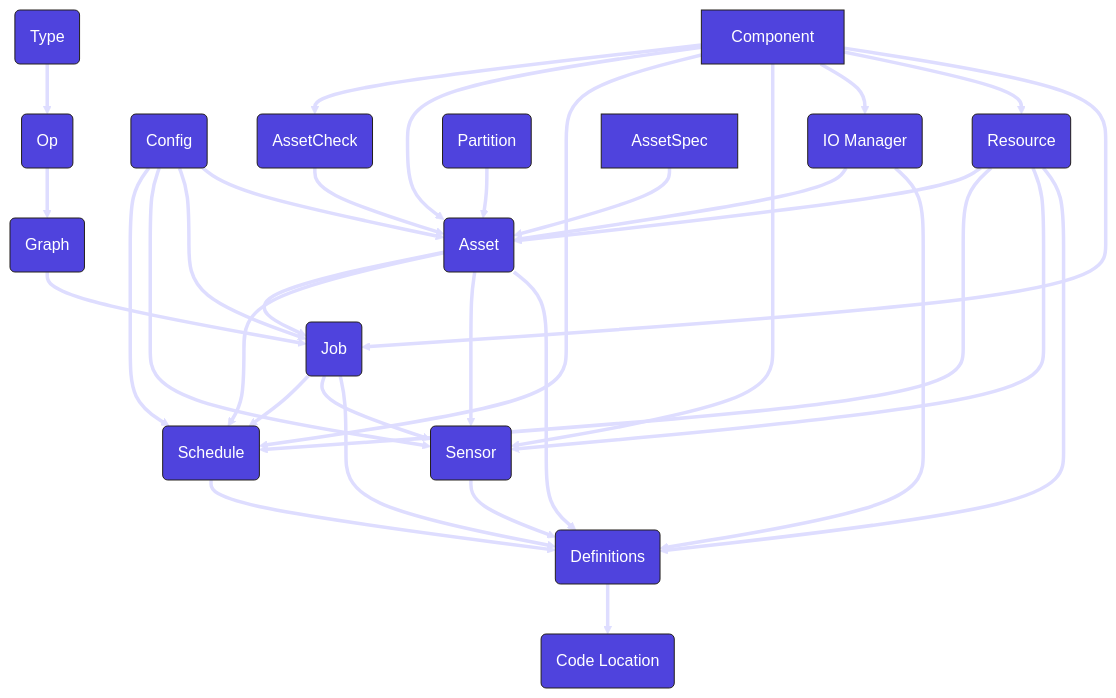
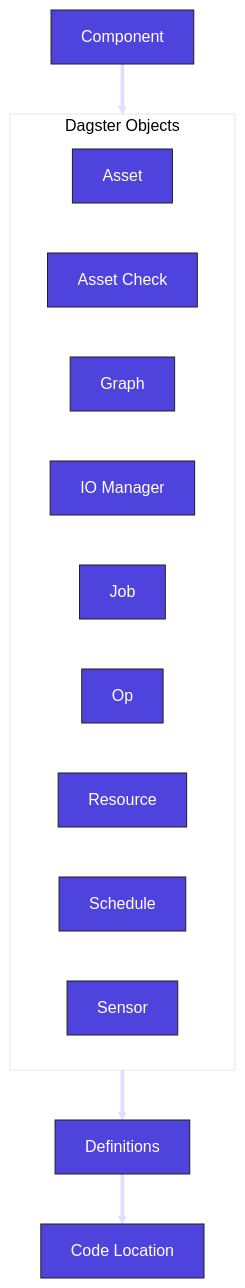
One commit to dagster-io/dagster changed the first of 17 diagrams in docs/docs/getting-started/concepts.md. Above: the diagram before and after it, drawn with Mermaid. The commit also changed other lines of this file, not shown here.

Commit message:
Simplify concepts diagram

````diff
--- a/docs/docs/getting-started/concepts.md
+++ b/docs/docs/getting-started/concepts.md
@@ -22,88 +22,19 @@
 }%%
   graph TD
 
-    AssetCheck(AssetCheck)
-    %% click AssetCheck href "#asset-check"
+    subgraph DagsterObjects[Dagster Objects]
+      Asset
+      AssetCheck[Asset Check]
+      Graph
+      IOManager[IO Manager]
+      Job
+      Op
+      Resource
+      Schedule
+      Sensor
+    end
 
-    Asset(Asset)
-    %%click Asset href "#asset"
-
-    Config(Config)
-    %%click Config href "#config"
-
-    CodeLocation(Code Location)
-    %%click CodeLocation href "#code-location"
-
-    Definitions(Definitions)
-    %%click Definitions href "#definitions"
-
-    Graph(Graph)
-    %%click Graph href "#graph"
-
-    IoManager(IO Manager)
-    %%click IoManager href "#io-manager"
-
-    Job(Job)
-    %%click Job href "#job"
-
-    Op(Op)
-    %%click Op href "#op"
-
-    Partition(Partition)
-    %%click Partition href "#partition"
-
-    Resource(Resource)
-    %%click Resource href "#resource"
-
-    Schedule(Schedule)
-    %%click Schedule href "#schedule"
-
-    Sensor(Sensor)
-    %%click Sensor href "#sensor"
-
-    Type(Type)
-    %%click Type href "#type"
-
-    Type ==> Op
-    Op ==> Graph
-    Graph ==> Job
-
-    Job ==> Schedule
-    Job ==> Sensor
-    Job ==> Definitions
-
-    Partition ==> Asset
-    IoManager ==> Asset
-
-    Resource ==> Asset
-    Resource ==> Schedule
-    Resource ==> Sensor
-
-    Component ==> AssetCheck
-    AssetCheck ==> Asset
-    AssetSpec ==> Asset
-
-    Config ==> Schedule
-    Config ==> Sensor
-    Config ==> Job
-    Config ==> Asset
-
-    Asset ==> Job
-    Asset ==> Schedule
-    Asset ==> Sensor
-
-    Component ==> Asset
-    Component ==> Schedule
-    Component ==> Sensor
-    Component ==> IoManager
-    Component ==> Resource
-    Component ==> Job
-
-    Asset ==> Definitions
-    Schedule ==> Definitions
-    Sensor ==> Definitions
-    IoManager ==> Definitions
-    Resource ==> Definitions
-
-    Definitions ==> CodeLocation
+    Component ==> DagsterObjects[Dagster Objects]
+    DagsterObjects ==> Definitions
+    Definitions ==> CodeLocation[Code Location]
 ```
````
